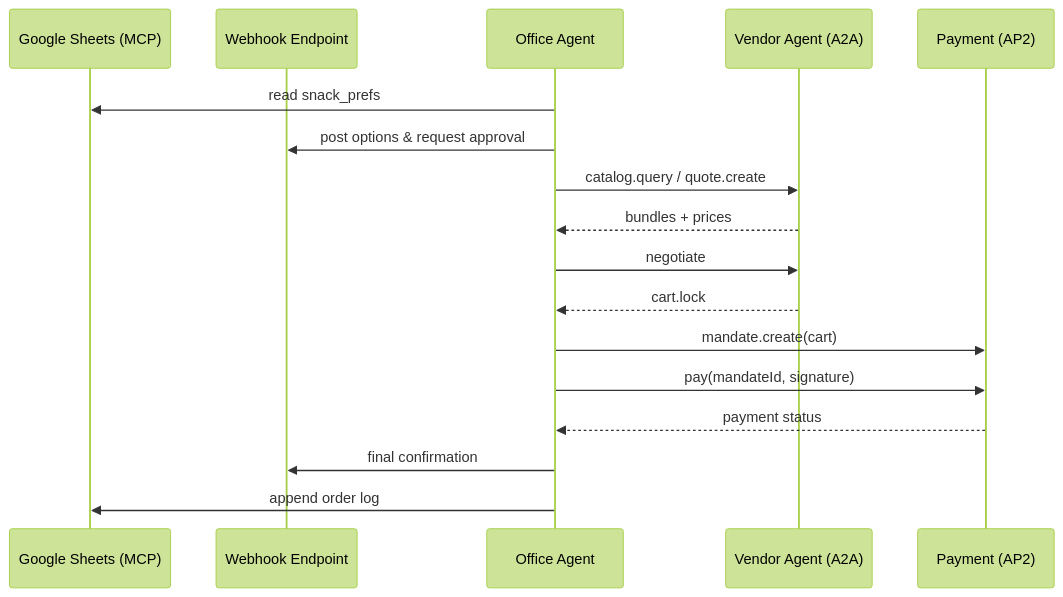
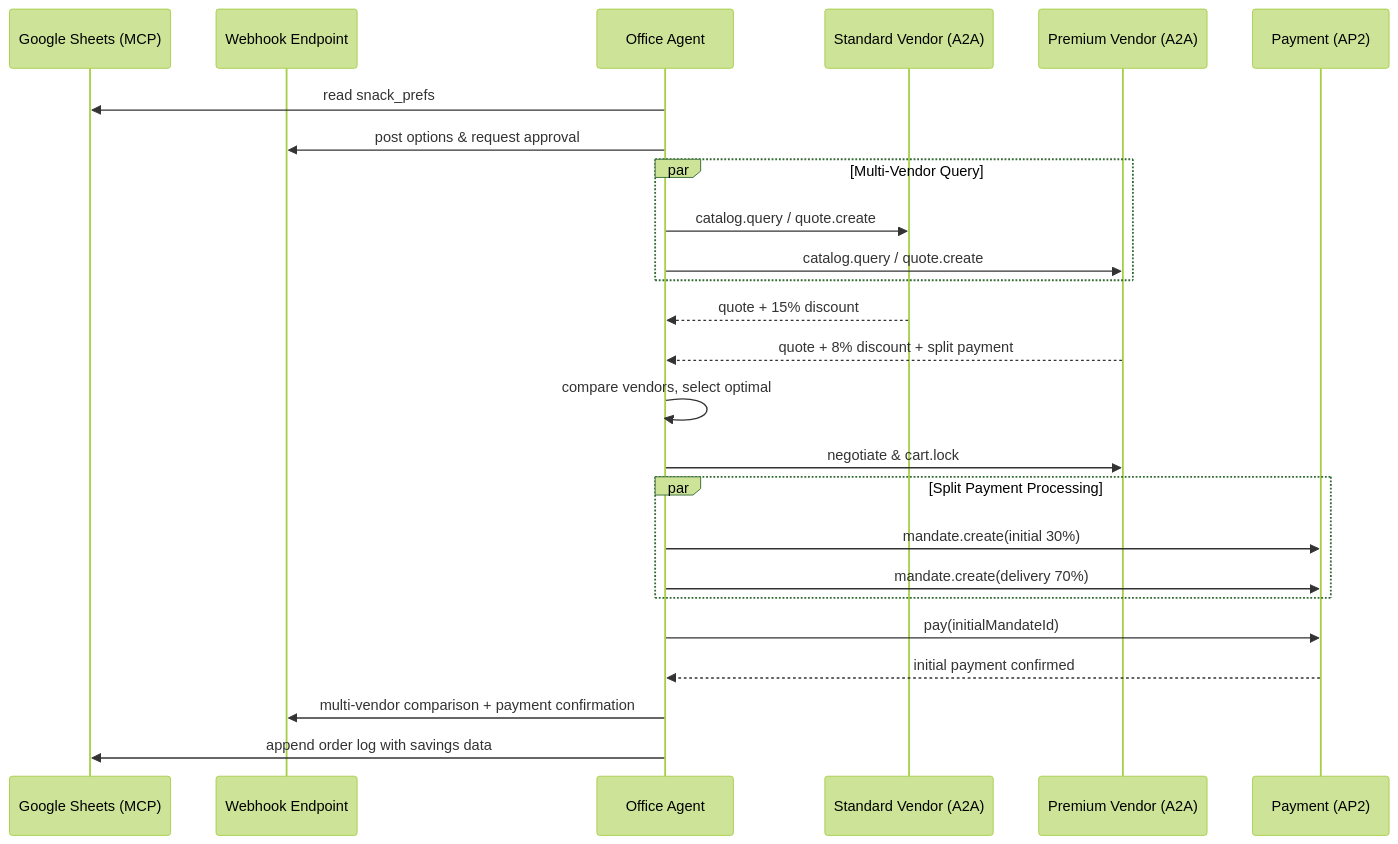
One commit to shrivatsas/snack-bot changed the diagram in README.md. Above: the diagram before and after it, drawn with Mermaid (forest theme). The commit also changed other lines of this file and 12 other files, not shown here.

Commit message:
Added a multi-vendor scenario

````diff
--- a/README.md
+++ b/README.md
@@ -48,20 +48,28 @@
 ```mermaid
 sequenceDiagram
   participant Sheet as Google Sheets (MCP)
   participant Webhook as Webhook Endpoint
   participant Ops as Office Agent
-  participant Vendor as Vendor Agent (A2A)
+  participant V1 as Standard Vendor (A2A)
+  participant V2 as Premium Vendor (A2A)
   participant Pay as Payment (AP2)
 
   Ops->>Sheet: read snack_prefs
   Ops->>Webhook: post options & request approval
-  Ops->>Vendor: catalog.query / quote.create
-  Vendor-->>Ops: bundles + prices
-  Ops->>Vendor: negotiate
-  Vendor-->>Ops: cart.lock
-  Ops->>Pay: mandate.create(cart)
-  Ops->>Pay: pay(mandateId, signature)
-  Pay-->>Ops: payment status
-  Ops->>Webhook: final confirmation
-  Ops->>Sheet: append order log
+  par Multi-Vendor Query
+    Ops->>V1: catalog.query / quote.create
+    Ops->>V2: catalog.query / quote.create
+  end
+  V1-->>Ops: quote + 15% discount
+  V2-->>Ops: quote + 8% discount + split payment
+  Ops->>Ops: compare vendors, select optimal
+  Ops->>V2: negotiate & cart.lock
+  par Split Payment Processing
+    Ops->>Pay: mandate.create(initial 30%)
+    Ops->>Pay: mandate.create(delivery 70%)
+  end
+  Ops->>Pay: pay(initialMandateId)
+  Pay-->>Ops: initial payment confirmed
+  Ops->>Webhook: multi-vendor comparison + payment confirmation
+  Ops->>Sheet: append order log with savings data
 ```
````
